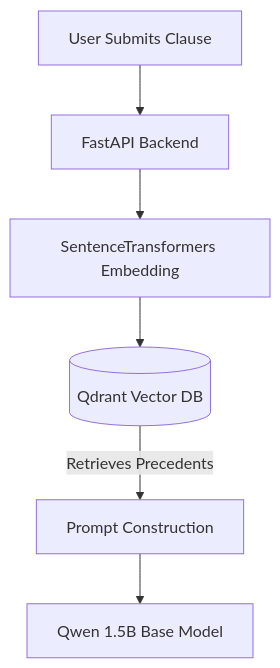
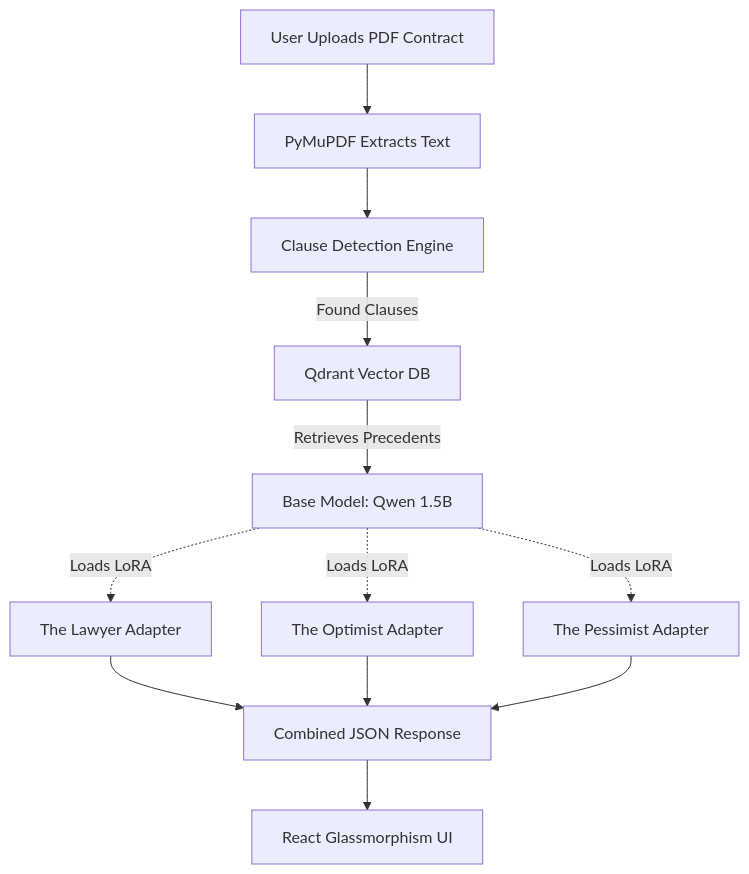
One commit to Pranav-2006-28/Ai-Devils-Advocate changed the diagram in README.md. Above: the diagram before and after it, drawn with Mermaid. The commit also changed other lines of this file, not shown here.

Commit message:
docs: Perfected README for portfolio with detailed architecture and tech stack

````diff
--- a/README.md
+++ b/README.md
@@ -114,8 +41,17 @@
 ```mermaid
 graph TD
-    A[User Submits Clause] --> B[FastAPI Backend]
-    B --> C[SentenceTransformers Embedding]
-    C --> D[(Qdrant Vector DB)]
-    D -- Retrieves Precedents --> E[Prompt Construction]
-    E --> F[Qwen 1.5B Base Model]
+    A[User Uploads PDF Contract] --> B[PyMuPDF Extracts Text]
+    B --> C[Clause Detection Engine]
+    C -->|Found Clauses| D[Qdrant Vector DB]
+    D -->|Retrieves Precedents| E[Base Model: Qwen 1.5B]
+    
+    E -. Loads LoRA .-> F[The Lawyer Adapter]
+    E -. Loads LoRA .-> G[The Optimist Adapter]
+    E -. Loads LoRA .-> H[The Pessimist Adapter]
+    
+    F --> I[Combined JSON Response]
+    G --> I
+    H --> I
+    
+    I --> J[React Glassmorphism UI]
 ```
````
